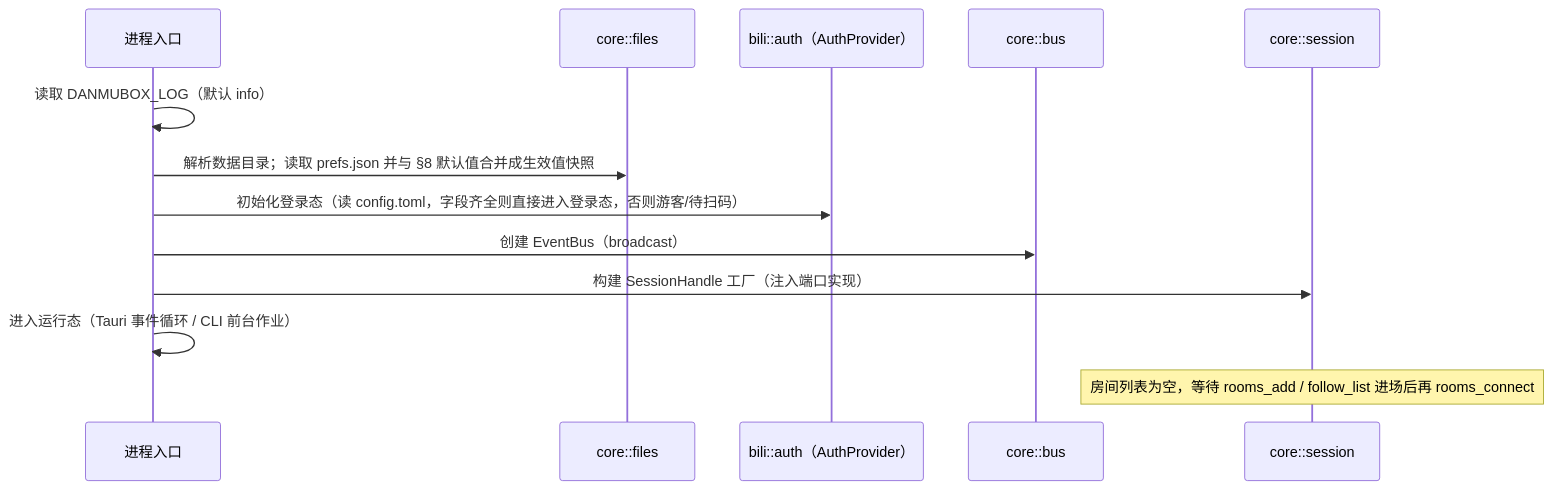
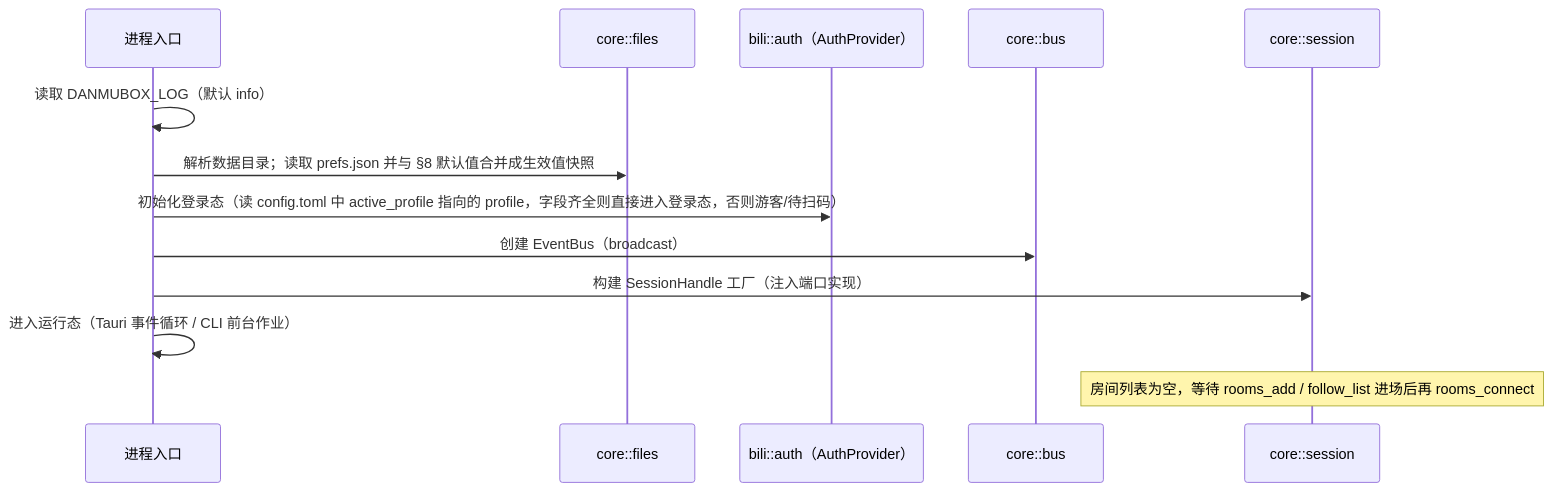
One commit to HakaseZ/danmubox changed the fifth of 5 diagrams in docs/architecture.md. Above: the diagram before and after it, drawn with Mermaid. The commit also changed other lines of this file and 22 other files, not shown here.

````diff
--- a/docs/architecture.md
+++ b/docs/architecture.md
@@ -283,15 +275,15 @@
 ```mermaid
 sequenceDiagram
   participant P as 进程入口
   participant F as core::files
   participant A as bili::auth（AuthProvider）
   participant B as core::bus
   participant S as core::session
   P->>P: 读取 DANMUBOX_LOG（默认 info）
   P->>F: 解析数据目录；读取 prefs.json 并与 §8 默认值合并成生效值快照
-  P->>A: 初始化登录态（读 config.toml，字段齐全则直接进入登录态，否则游客/待扫码）
+  P->>A: 初始化登录态（读 config.toml 中 active_profile 指向的 profile，字段齐全则直接进入登录态，否则游客/待扫码）
   P->>B: 创建 EventBus（broadcast）
   P->>S: 构建 SessionHandle 工厂（注入端口实现）
   P->>P: 进入运行态（Tauri 事件循环 / CLI 前台作业）
   Note over S: 房间列表为空，等待 rooms_add / follow_list 进场后再 rooms_connect
 ```
````
